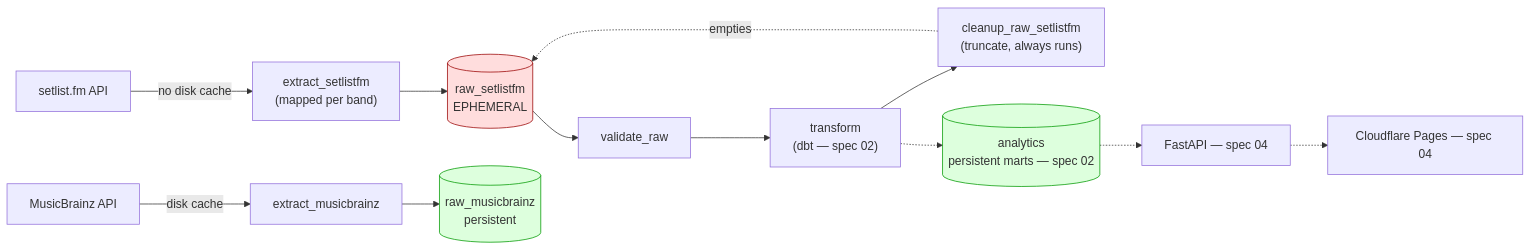
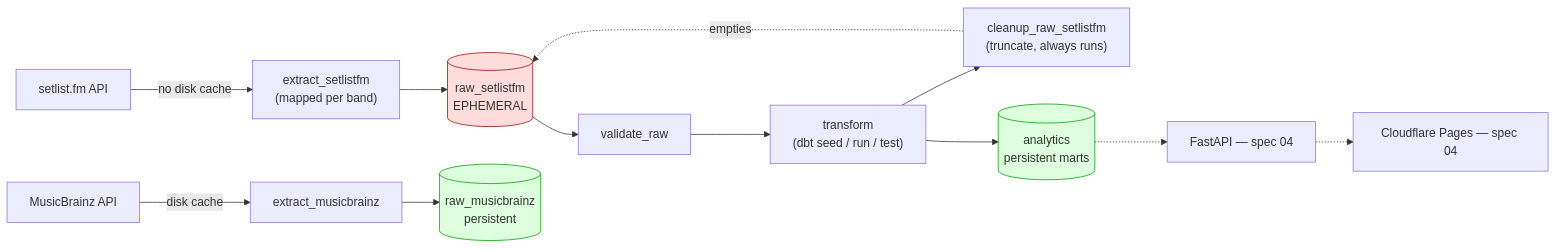
One commit to alexarnoni/encore-setlist-analytics changed the diagram in README.md. Above: the diagram before and after it, drawn with Mermaid. The commit also changed other lines of this file and 1 other file, not shown here.

Commit message:
Record acceptance run (item 22) and update README pipeline diagram

````diff
--- a/README.md
+++ b/README.md
@@ -20,21 +20,21 @@
 ```mermaid
 flowchart LR
     SF["setlist.fm API"] -->|"no disk cache"| EXSF["extract_setlistfm\n(mapped per band)"]
     MB["MusicBrainz API"] -->|"disk cache"| EXMB["extract_musicbrainz"]
 
     EXSF --> RAWSF[("raw_setlistfm\nEPHEMERAL")]
     EXMB --> RAWMB[("raw_musicbrainz\npersistent")]
 
     RAWSF --> VALIDATE["validate_raw"]
-    VALIDATE --> TRANSFORM["transform\n(dbt — spec 02)"]
+    VALIDATE --> TRANSFORM["transform\n(dbt seed / run / test)"]
     TRANSFORM --> CLEANUP["cleanup_raw_setlistfm\n(truncate, always runs)"]
     CLEANUP -.->|empties| RAWSF
 
-    TRANSFORM -.-> ANALYTICS[("analytics\npersistent marts — spec 02")]
+    TRANSFORM --> ANALYTICS[("analytics\npersistent marts")]
     ANALYTICS -.-> API["FastAPI — spec 04"]
     API -.-> FRONTEND["Cloudflare Pages — spec 04"]
 
     style RAWSF fill:#fdd,stroke:#900
     style RAWMB fill:#dfd,stroke:#090
     style ANALYTICS fill:#dfd,stroke:#090
 ```
````
